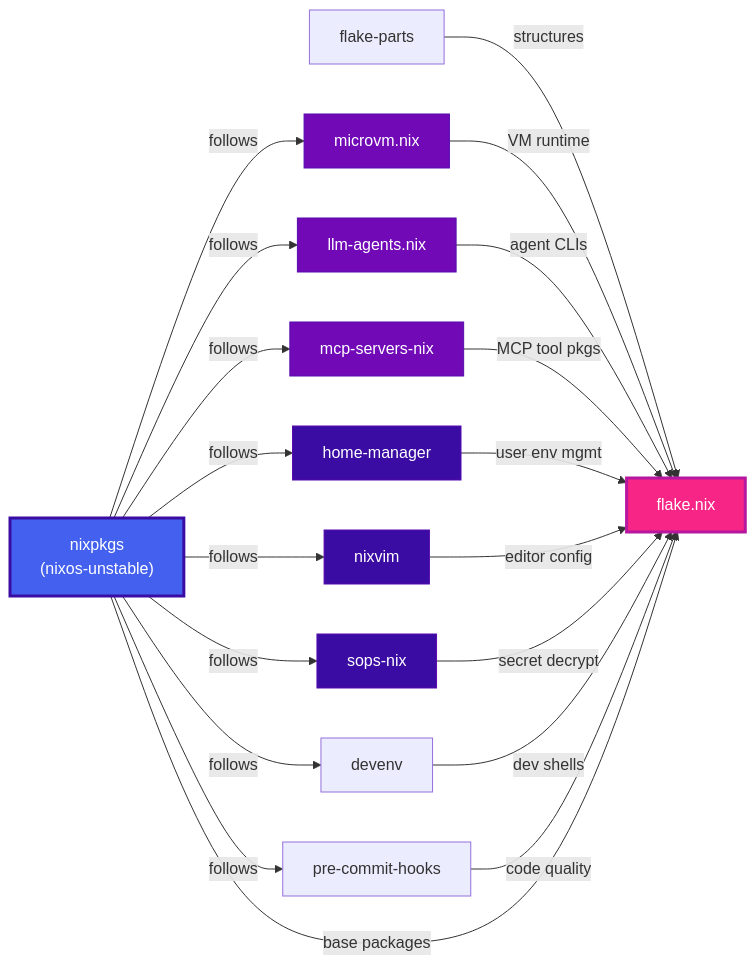
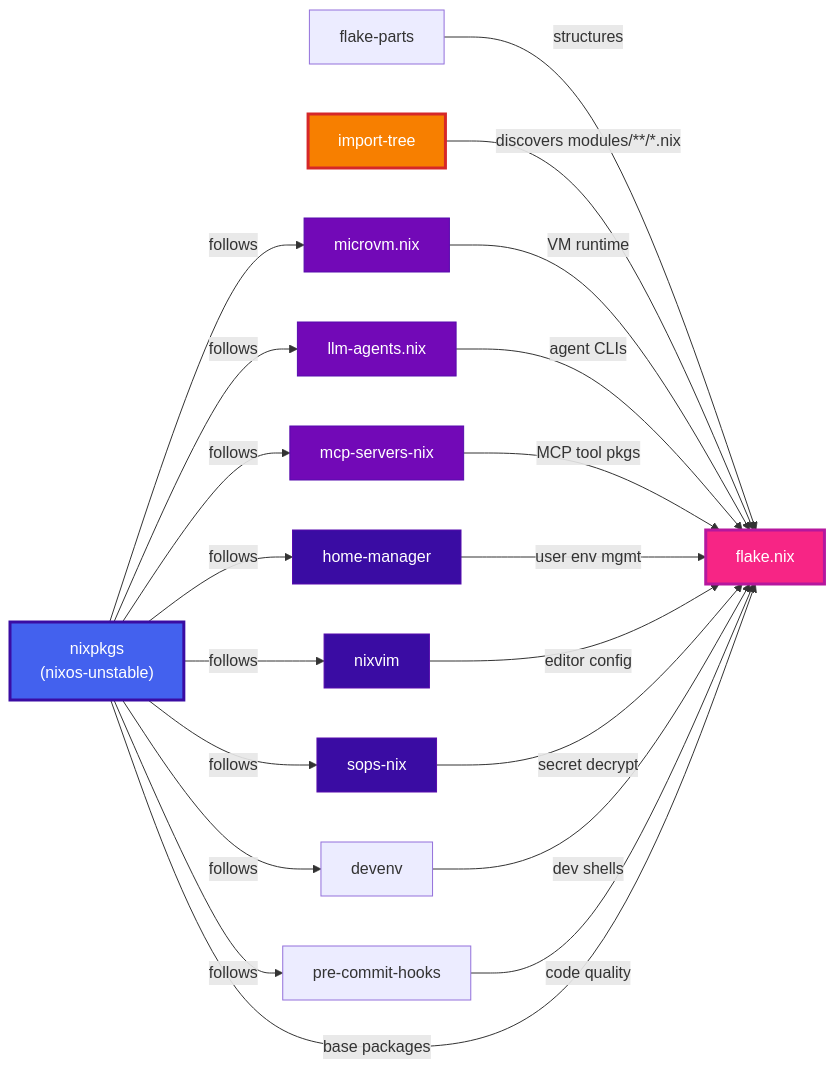
Before and after one commit to tenarches/nix-permafrost: the first of 6 diagrams in docs/architecture.md, drawn with Mermaid. The commit also changed other lines of this file, not shown here.

First line of the commit message:
docs: rewrite architecture.md for the dendritic module tree

````diff
--- a/docs/architecture.md
+++ b/docs/architecture.md
@@ -11,33 +11,36 @@
 ```mermaid
 graph LR
     NIXPKGS["nixpkgs<br/>(nixos-unstable)"]
+    IT["import-tree"]
 
     FP["flake-parts"] -->|structures| FLAKE["flake.nix"]
+    IT -->|"discovers modules/**/*.nix"| FLAKE
     NIXPKGS -->|follows| MVM["microvm.nix"]
     NIXPKGS -->|follows| LLM["llm-agents.nix"]
     NIXPKGS -->|follows| MCP["mcp-servers-nix"]
     NIXPKGS -->|follows| HM["home-manager"]
     NIXPKGS -->|follows| NV["nixvim"]
     NIXPKGS -->|follows| SOPS["sops-nix"]
     NIXPKGS -->|follows| DEV["devenv"]
     NIXPKGS -->|follows| PCH["pre-commit-hooks"]
 
     MVM -->|"VM runtime"| FLAKE
     LLM -->|"agent CLIs"| FLAKE
     MCP -->|"MCP tool pkgs"| FLAKE
     HM -->|"user env mgmt"| FLAKE
     NV -->|"editor config"| FLAKE
     SOPS -->|"secret decrypt"| FLAKE
     DEV -->|"dev shells"| FLAKE
     PCH -->|"code quality"| FLAKE
     NIXPKGS -->|"base packages"| FLAKE
 
     style NIXPKGS fill:#4361ee,stroke:#3a0ca3,color:#fff,stroke-width:3px
+    style IT fill:#f77f00,stroke:#d62828,color:#fff,stroke-width:3px
     style FLAKE fill:#f72585,stroke:#b5179e,color:#fff,stroke-width:3px
     style MVM fill:#7209b7,stroke:#560bad,color:#fff
     style LLM fill:#7209b7,stroke:#560bad,color:#fff
     style MCP fill:#7209b7,stroke:#560bad,color:#fff
     style HM fill:#3a0ca3,stroke:#560bad,color:#fff
     style NV fill:#3a0ca3,stroke:#560bad,color:#fff
     style SOPS fill:#3a0ca3,stroke:#560bad,color:#fff
 ```
````
